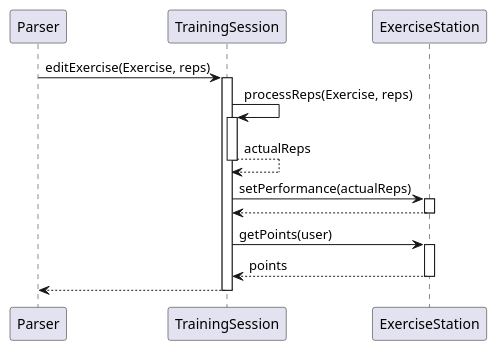
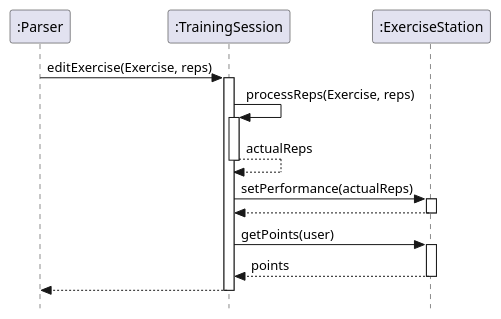
The diagram in docs/Diagrams/Sequence_editExercise.puml (nus-cs2113-AY2425S1/tp), drawn with PlantUML before and after one commit. The commit also changed 13 other files, not shown here.

Commit message:
Updated sequence diagrams

```diff
--- a/docs/Diagrams/Sequence_editExercise.puml
+++ b/docs/Diagrams/Sequence_editExercise.puml
@@ -1,28 +1,29 @@
 @startuml
 
-participant "Parser" as parser
-participant "TrainingSession" as ts
-participant "ExerciseStation" as es
+participant ":Parser" as parser
+participant ":TrainingSession" as ts
+participant ":ExerciseStation" as es
+skinparam style strictuml
 
 parser -> ts: editExercise(Exercise, reps)
 activate ts
 
 ts -> ts: processReps(Exercise, reps)
 activate ts
 ts --> ts: actualReps
 deactivate ts
 
 ts -> es: setPerformance(actualReps)
 activate es
 es --> ts
 deactivate es
 
 ts -> es: getPoints(user)
 activate es
 es --> ts: points
 deactivate es
 
 ts --> parser:
 deactivate ts
 
 @enduml
```
